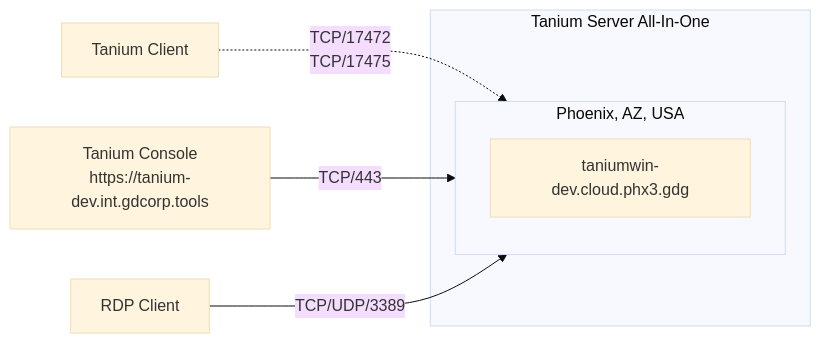
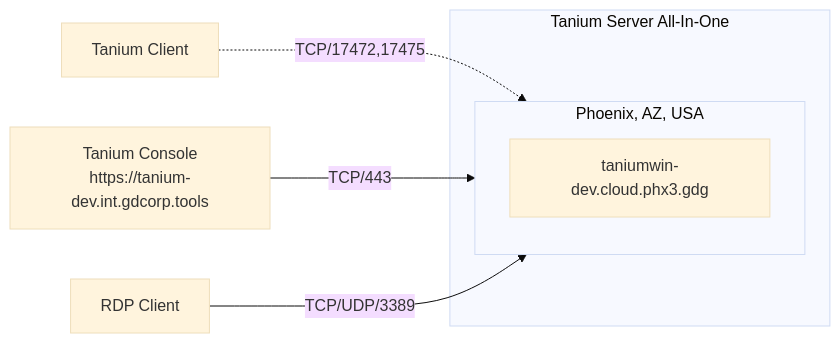
Before and after one commit to gdsec-test/tsa-tanium-config: the diagram in docs/diagrams/src/tanium-architecture-dev.mmd, drawn with Mermaid (base theme).

Commit message:
Aligned port label for Tanium Client

```diff
--- a/docs/diagrams/src/tanium-architecture-dev.mmd
+++ b/docs/diagrams/src/tanium-architecture-dev.mmd
@@ -1,29 +1,29 @@
 flowchart LR
     %% Define nodes and subgraphs
     subgraph TS["Tanium Server All-In-One"]
         subgraph TS_P3["Phoenix, AZ, USA"]
             TS_P3_1["taniumwin-dev.cloud.phx3.gdg"]
         end
     end
     
     %% Define nodes not part of a subgraph
     %%Title("Tanium Development Environment")
     TaniumClient["Tanium Client"]
     TaniumConsole["Tanium Console<br/>https://tanium-dev.int.gdcorp.tools"]
     RDPClient["RDP Client"]
 
     %% Define relationships
-    TaniumClient -.->|"TCP/17472<br/>TCP/17475"| TS_P3
+    TaniumClient -.->|"TCP/17472,17475"| TS_P3
     TaniumConsole -->|"TCP/443"| TS_P3
     RDPClient -->|"TCP/UDP/3389"| TS_P3
 
     %% Add hyperlinks
     click TaniumConsole "https://tanium-dev.int.gdcorp.tools" "Tanium Console (VPN Required)"
 
     %% Define styles
     classDef StyleGoDaddyProd fill:#E22726,color:#000000,stroke:#FFFFFF,stroke-width:1px;
     classDef StyleGoDaddyProdEMEA fill:#FED317,color:#2F1C4C,stroke:#FADCD9,stroke-width:1px;
     classDef StyleGoDaddyDev fill:#00782E,color:#D8EFEF,stroke:#FFEEA9,stroke-width:1px;
     
     %% Assign styles
     class Title StyleGoDaddyDev;
```
